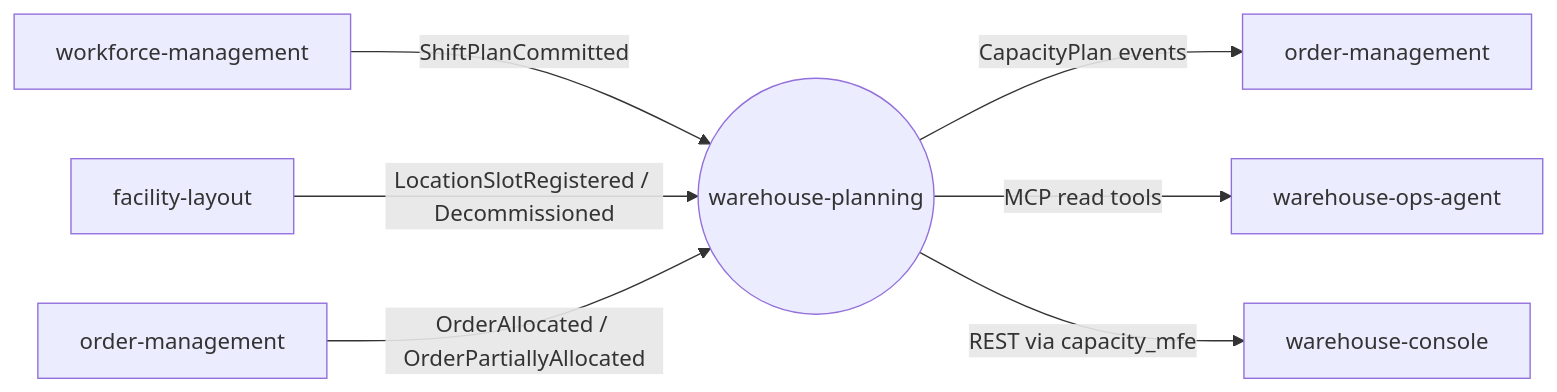
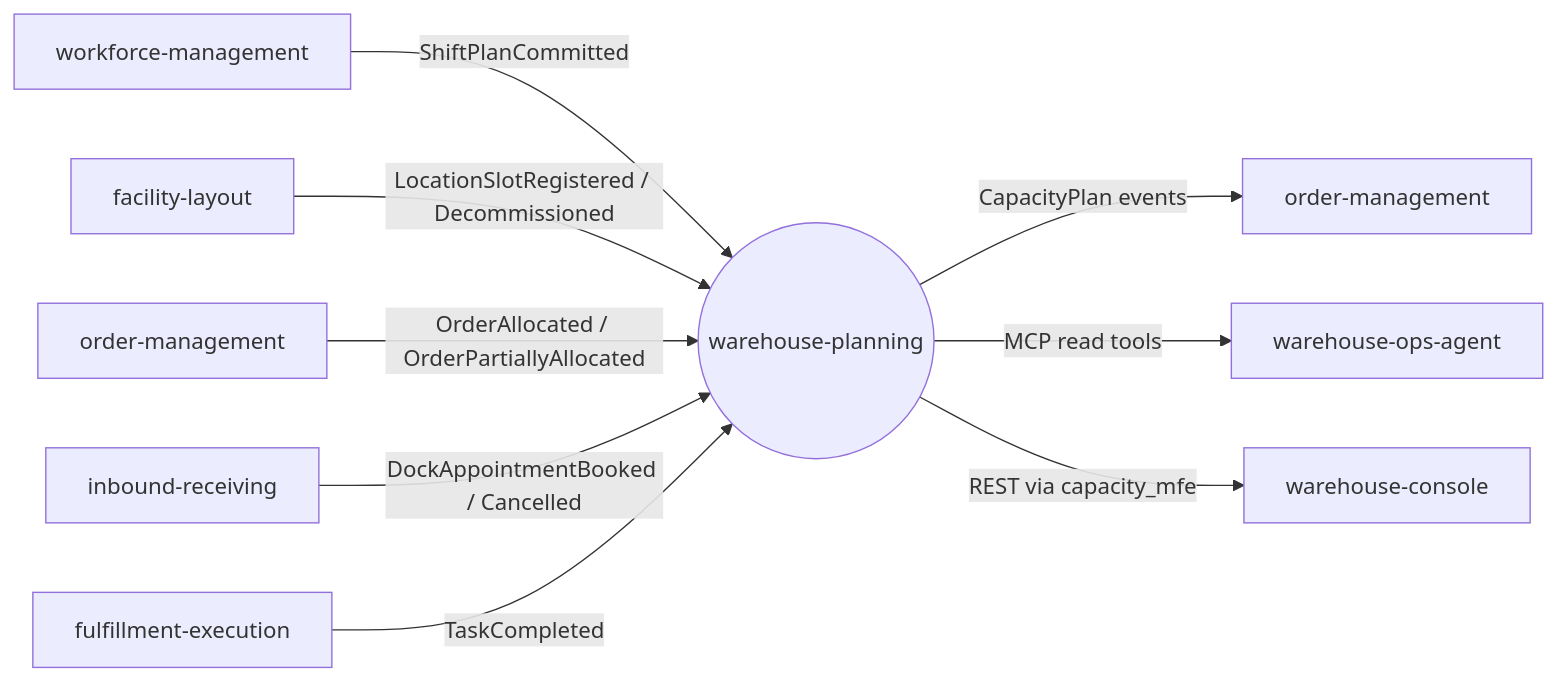
The diagram in docs/docs/overview/context.md (IQVO/warehouse-planning), drawn with Mermaid before and after one commit. The commit also changed other lines of this file and 16 other files, not shown here.

````diff
--- a/docs/docs/overview/context.md
+++ b/docs/docs/overview/context.md
@@ -24,10 +24,12 @@
 ```mermaid
 flowchart LR
   WFM[workforce-management] -- "ShiftPlanCommitted" --> WP
   FL[facility-layout] -- "LocationSlotRegistered / Decommissioned" --> WP
   OMIN[order-management] -- "OrderAllocated / OrderPartiallyAllocated" --> WP
+  IR[inbound-receiving] -- "DockAppointmentBooked / Cancelled" --> WP
+  FE[fulfillment-execution] -- "TaskCompleted" --> WP
   WP((warehouse-planning))
   WP -- "CapacityPlan events" --> OM[order-management]
   WP -- "MCP read tools" --> OPS[warehouse-ops-agent]
   WP -- "REST via capacity_mfe" --> CON[warehouse-console]
 ```
````
